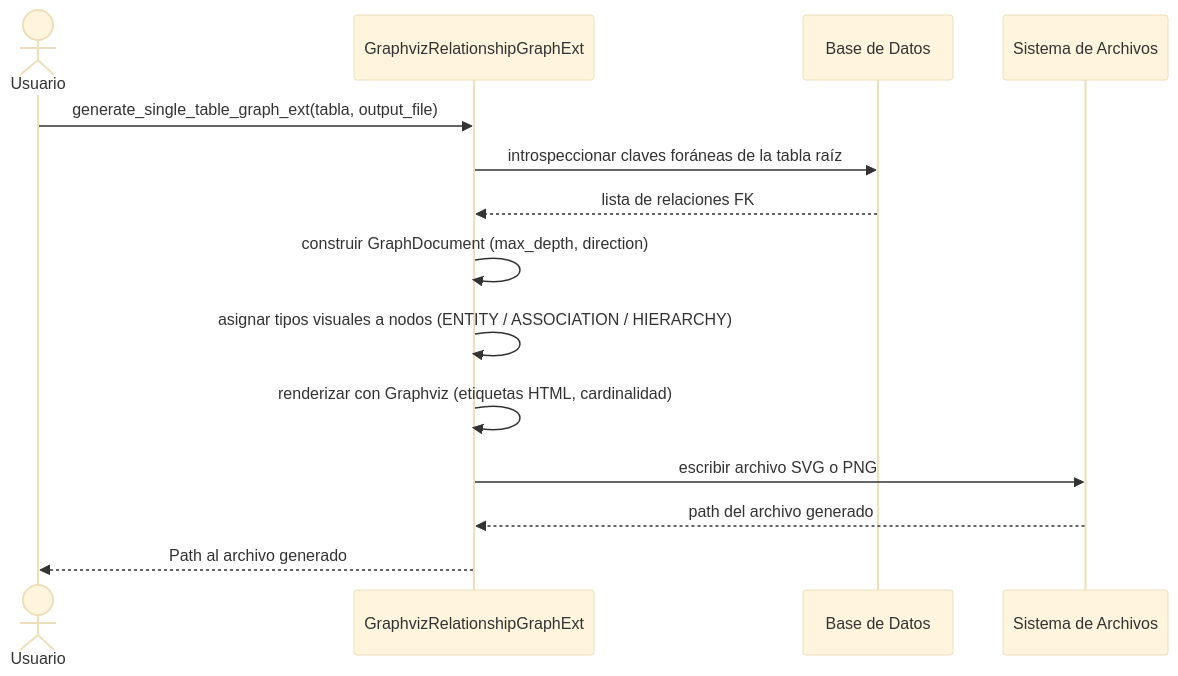
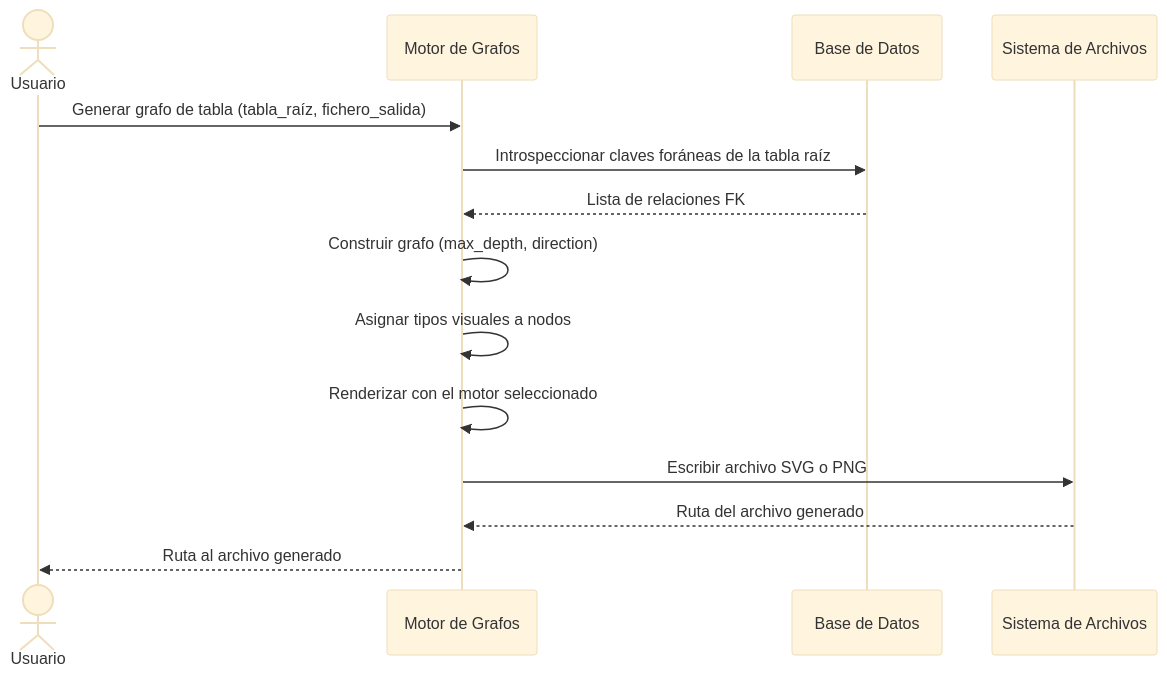
The diagram in docs/functional/graph-analysis.md (fmanza/util_bbdd), drawn with Mermaid (base theme) before and after one commit. The commit also changed other lines of this file and 117 other files, not shown here.

````diff
--- a/docs/functional/graph-analysis.md
+++ b/docs/functional/graph-analysis.md
@@ -27,17 +33,17 @@
 ```mermaid
 sequenceDiagram
     actor Usuario
-    participant Grafo as GraphvizRelationshipGraphExt
+    participant Grafo as Motor de Grafos
     participant BD as Base de Datos
-    participant Fichero as Sistema de Archivos
+    participant FS as Sistema de Archivos
 
-    Usuario->>Grafo: generate_single_table_graph_ext(tabla, output_file)
-    Grafo->>BD: introspeccionar claves foráneas de la tabla raíz
-    BD-->>Grafo: lista de relaciones FK
-    Grafo->>Grafo: construir GraphDocument (max_depth, direction)
-    Grafo->>Grafo: asignar tipos visuales a nodos (ENTITY / ASSOCIATION / HIERARCHY)
-    Grafo->>Grafo: renderizar con Graphviz (etiquetas HTML, cardinalidad)
-    Grafo->>Fichero: escribir archivo SVG o PNG
-    Fichero-->>Grafo: path del archivo generado
-    Grafo-->>Usuario: Path al archivo generado
+    Usuario->>Grafo: Generar grafo de tabla (tabla_raíz, fichero_salida)
+    Grafo->>BD: Introspeccionar claves foráneas de la tabla raíz
+    BD-->>Grafo: Lista de relaciones FK
+    Grafo->>Grafo: Construir grafo (max_depth, direction)
+    Grafo->>Grafo: Asignar tipos visuales a nodos
+    Grafo->>Grafo: Renderizar con el motor seleccionado
+    Grafo->>FS: Escribir archivo SVG o PNG
+    FS-->>Grafo: Ruta del archivo generado
+    Grafo-->>Usuario: Ruta al archivo generado
 ```
````
